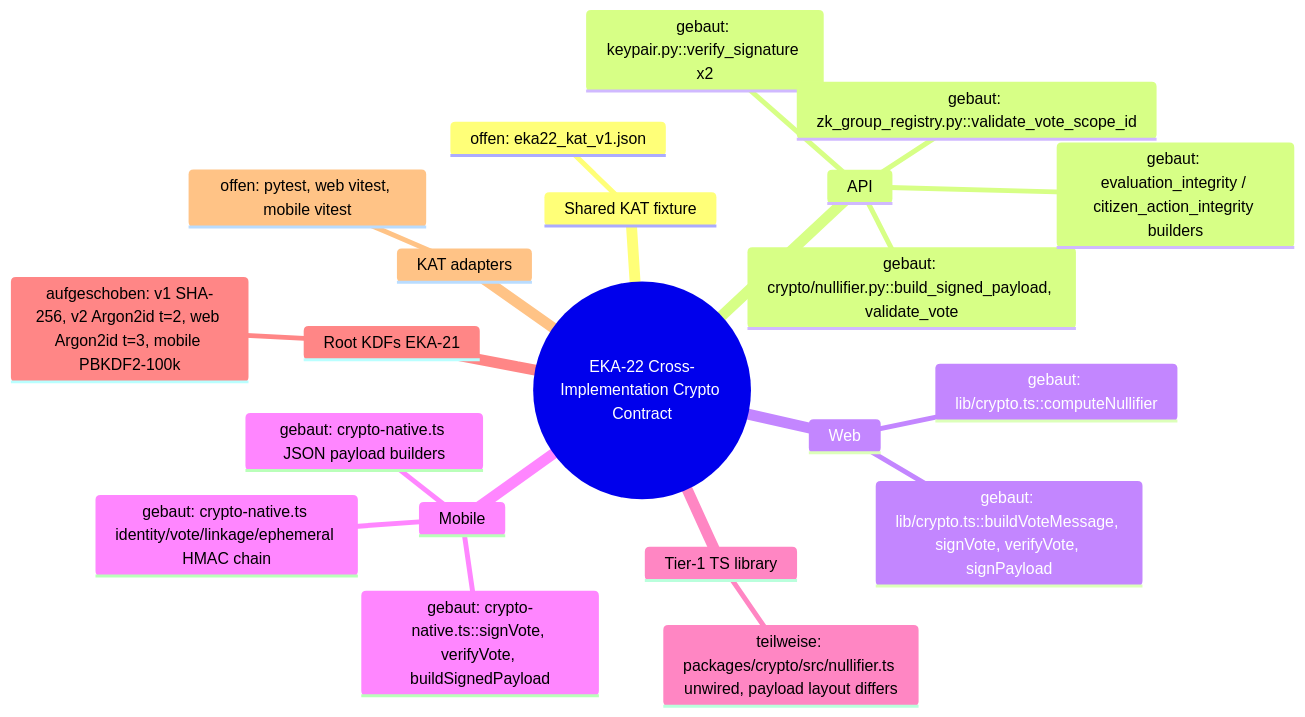
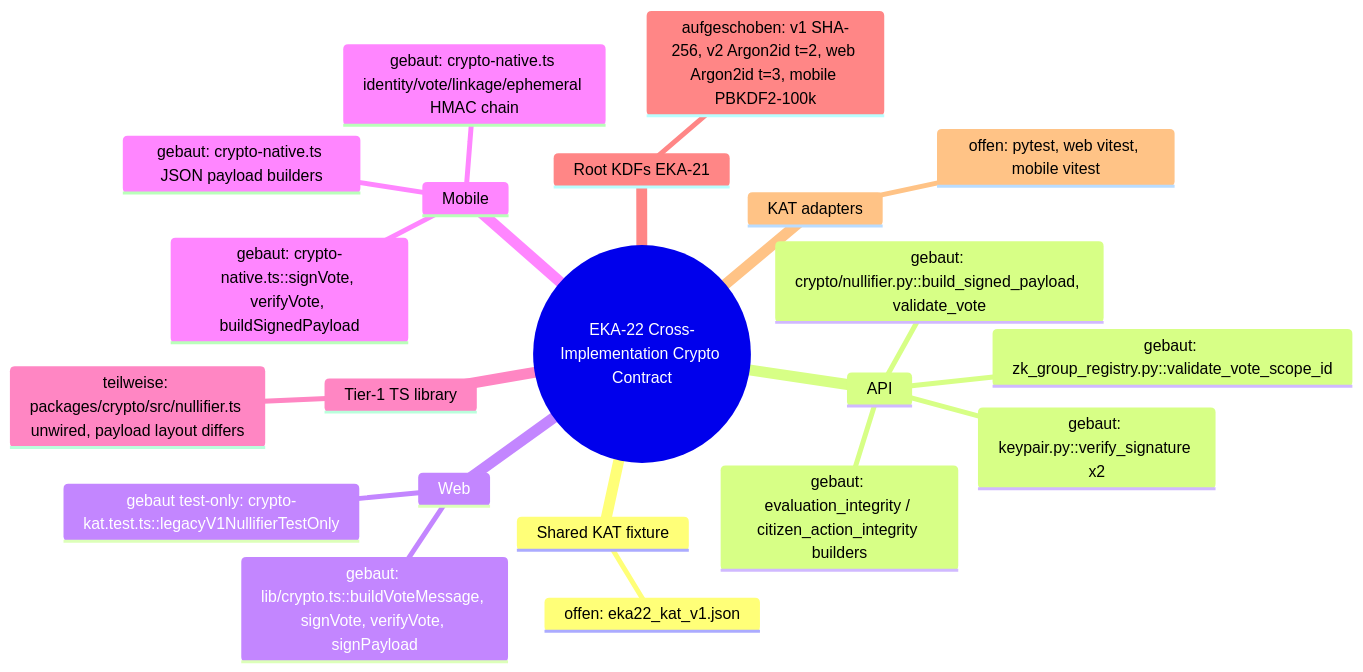
One commit to NeaBouli/pnyx changed the fourth of 5 diagrams in docs/architecture/MAP.md. Above: the diagram before and after it, drawn with Mermaid. The commit also changed other lines of this file and 16 other files, not shown here.

First line of the commit message:
test(web): isolate legacy v1 nullifier derivation (EKA-24) (#406)

````diff
--- a/docs/architecture/MAP.md
+++ b/docs/architecture/MAP.md
@@ -560,24 +560,24 @@
 ```mermaid
 mindmap
   root((EKA-22 Cross-Implementation Crypto Contract))
     Shared KAT fixture
       offen: eka22_kat_v1.json
     API
       gebaut: keypair.py::verify_signature x2
       gebaut: crypto/nullifier.py::build_signed_payload, validate_vote
       gebaut: zk_group_registry.py::validate_vote_scope_id
       gebaut: evaluation_integrity / citizen_action_integrity builders
     Web
       gebaut: lib/crypto.ts::buildVoteMessage, signVote, verifyVote, signPayload
-      gebaut: lib/crypto.ts::computeNullifier
+      gebaut test-only: crypto-kat.test.ts::legacyV1NullifierTestOnly
     Mobile
       gebaut: crypto-native.ts::signVote, verifyVote, buildSignedPayload
       gebaut: crypto-native.ts identity/vote/linkage/ephemeral HMAC chain
       gebaut: crypto-native.ts JSON payload builders
     Tier-1 TS library
       teilweise: packages/crypto/src/nullifier.ts unwired, payload layout differs
     Root KDFs EKA-21
       aufgeschoben: v1 SHA-256, v2 Argon2id t=2, web Argon2id t=3, mobile PBKDF2-100k
     KAT adapters
       offen: pytest, web vitest, mobile vitest
 ```
````
